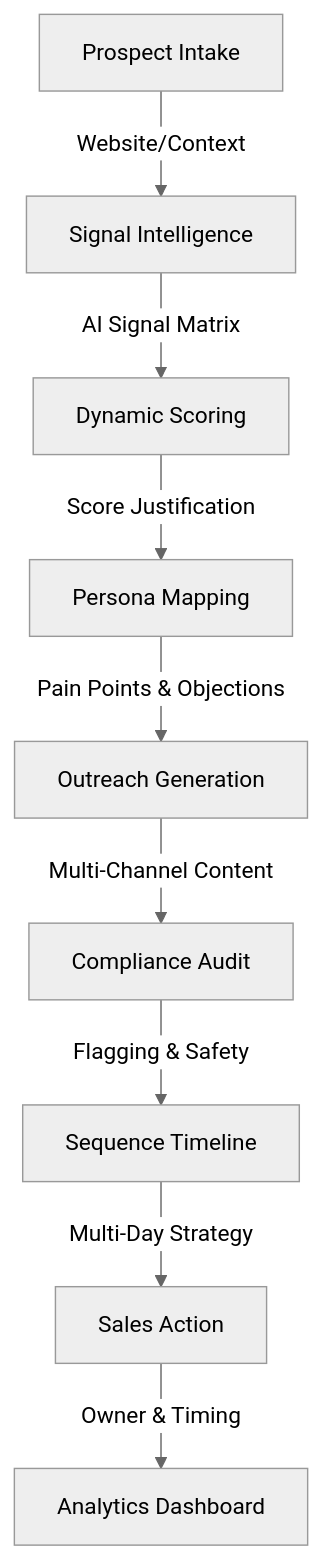
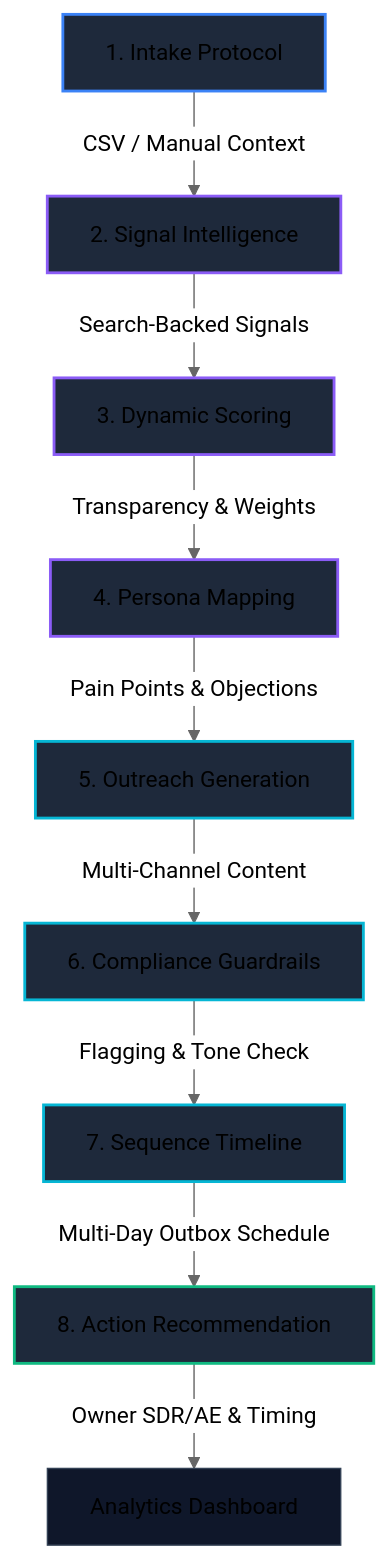
One commit to krish10a/blostem changed the diagram in README.md. Above: the diagram before and after it, drawn with Mermaid (neutral theme). The commit also changed other lines of this file and 8 other files, not shown here.

````diff
--- a/README.md
+++ b/README.md
@@ -11,11 +21,20 @@
 ```mermaid
 graph TD
-    A[Prospect Intake] -->|Website/Context| B[Signal Intelligence]
-    B -->|AI Signal Matrix| C[Dynamic Scoring]
-    C -->|Score Justification| D[Persona Mapping]
-    D -->|Pain Points & Objections| E[Outreach Generation]
-    E -->|Multi-Channel Content| F[Compliance Audit]
-    F -->|Flagging & Safety| G[Sequence Timeline]
-    G -->|Multi-Day Strategy| H[Sales Action]
-    H -->|Owner & Timing| I[Analytics Dashboard]
+    A[1. Intake Protocol] -->|CSV / Manual Context| B[2. Signal Intelligence]
+    B -->|Search-Backed Signals| C[3. Dynamic Scoring]
+    C -->|Transparency & Weights| D[4. Persona Mapping]
+    D -->|Pain Points & Objections| E[5. Outreach Generation]
+    E -->|Multi-Channel Content| F[6. Compliance Guardrails]
+    F -->|Flagging & Tone Check| G[7. Sequence Timeline]
+    G -->|Multi-Day Outbox Schedule| H[8. Action Recommendation]
+    H -->|Owner SDR/AE & Timing| I[Analytics Dashboard]
+    style A fill:#1e293b,stroke:#3b82f6,stroke-width:2px;
+    style B fill:#1e293b,stroke:#8b5cf6,stroke-width:2px;
+    style C fill:#1e293b,stroke:#8b5cf6,stroke-width:2px;
+    style D fill:#1e293b,stroke:#8b5cf6,stroke-width:2px;
+    style E fill:#1e293b,stroke:#06b6d4,stroke-width:2px;
+    style F fill:#1e293b,stroke:#06b6d4,stroke-width:2px;
+    style G fill:#1e293b,stroke:#06b6d4,stroke-width:2px;
+    style H fill:#1e293b,stroke:#10b981,stroke-width:2px;
+    style I fill:#0f172a,stroke:#334155,stroke-width:1px;
 ```
````
